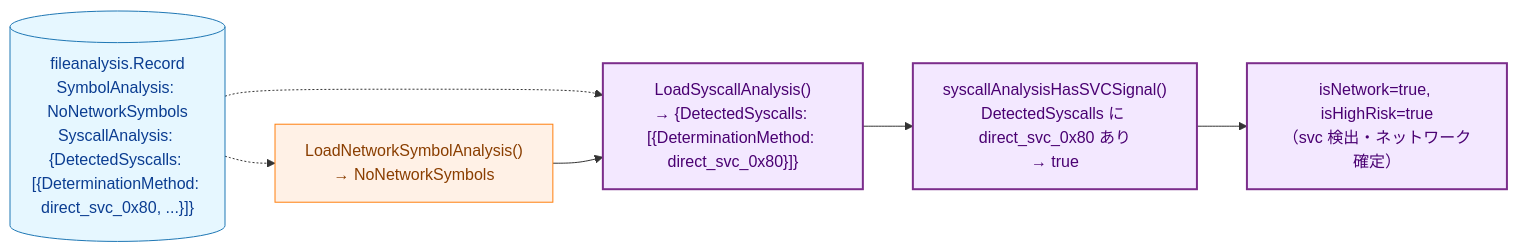
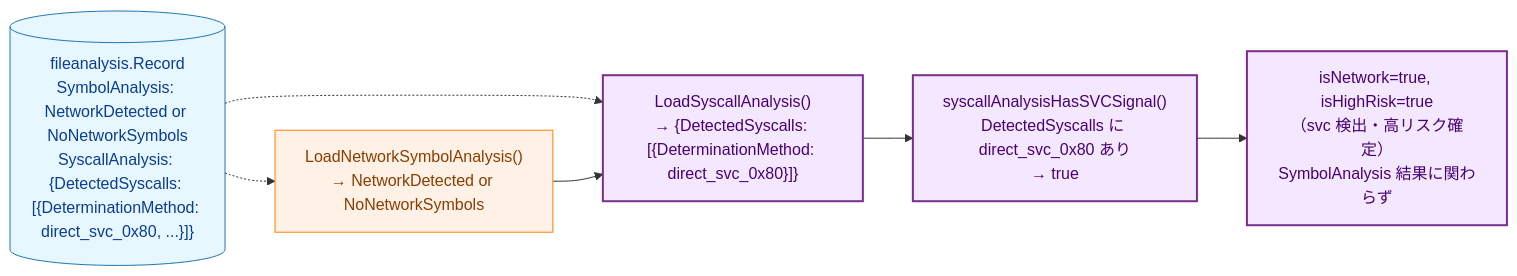
The eighth of 8 diagrams in docs/tasks/0097_macho_arm64_syscall_analysis/02_architecture.md (isseis/go-safe-cmd-runner), drawn with Mermaid before and after one commit. The commit also changed other lines of this file and 2 other files, not shown here.

First line of the commit message:
docs(0097): Extend SyscallAnalysis check to NetworkDetected for risk escalation

````diff
--- a/docs/tasks/0097_macho_arm64_syscall_analysis/02_architecture.md
+++ b/docs/tasks/0097_macho_arm64_syscall_analysis/02_architecture.md
@@ -409,22 +409,22 @@
 ```mermaid
 flowchart LR
     classDef data fill:#e6f7ff,stroke:#1f77b4,stroke-width:1px,color:#0b3d91;
     classDef process fill:#fff1e6,stroke:#ff7f0e,stroke-width:1px,color:#8a3e00;
     classDef new fill:#f3e8ff,stroke:#7b2d8b,stroke-width:2px,color:#4a0072;
 
-    STORE[("fileanalysis.Record<br>SymbolAnalysis: NoNetworkSymbols<br>SyscallAnalysis: {DetectedSyscalls: [{DeterminationMethod: direct_svc_0x80, ...}]}")]
-    LOADSYM["LoadNetworkSymbolAnalysis()<br>→ NoNetworkSymbols"]
+    STORE[("fileanalysis.Record<br>SymbolAnalysis: NetworkDetected or NoNetworkSymbols<br>SyscallAnalysis: {DetectedSyscalls: [{DeterminationMethod: direct_svc_0x80, ...}]}")]
+    LOADSYM["LoadNetworkSymbolAnalysis()<br>→ NetworkDetected or NoNetworkSymbols"]
     LOADSVC["LoadSyscallAnalysis()<br>→ {DetectedSyscalls: [{DeterminationMethod: direct_svc_0x80}]}"]
     CHECK["syscallAnalysisHasSVCSignal()<br>DetectedSyscalls に direct_svc_0x80 あり<br>→ true"]
-    RESULT["isNetwork=true, isHighRisk=true<br>（svc 検出・ネットワーク確定）"]
+    RESULT["isNetwork=true, isHighRisk=true<br>（svc 検出・高リスク確定）<br>SymbolAnalysis 結果に関わらず"]
 
     STORE -.-> LOADSYM
     STORE -.-> LOADSVC
     LOADSYM --> LOADSVC
     LOADSVC --> CHECK
     CHECK --> RESULT
 
     class STORE data;
     class LOADSYM process;
     class LOADSVC,CHECK,RESULT new;
 ```
````
